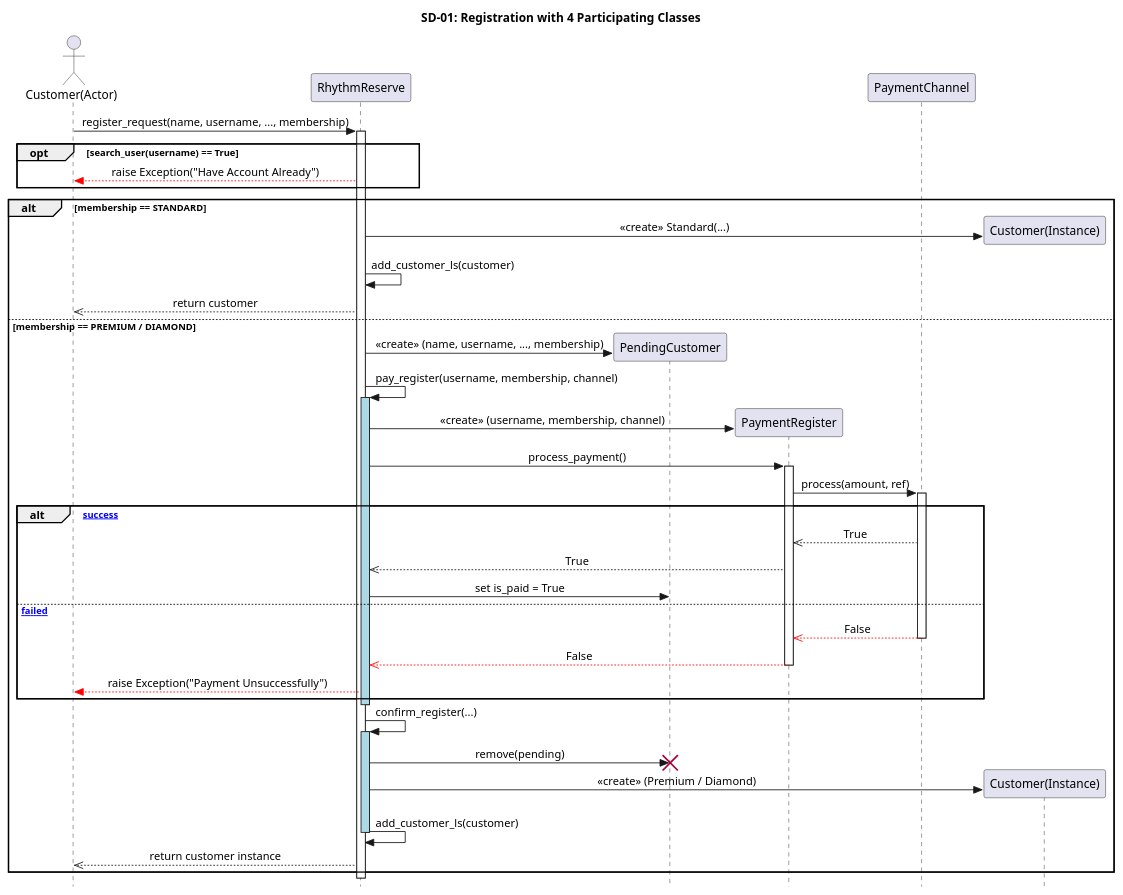
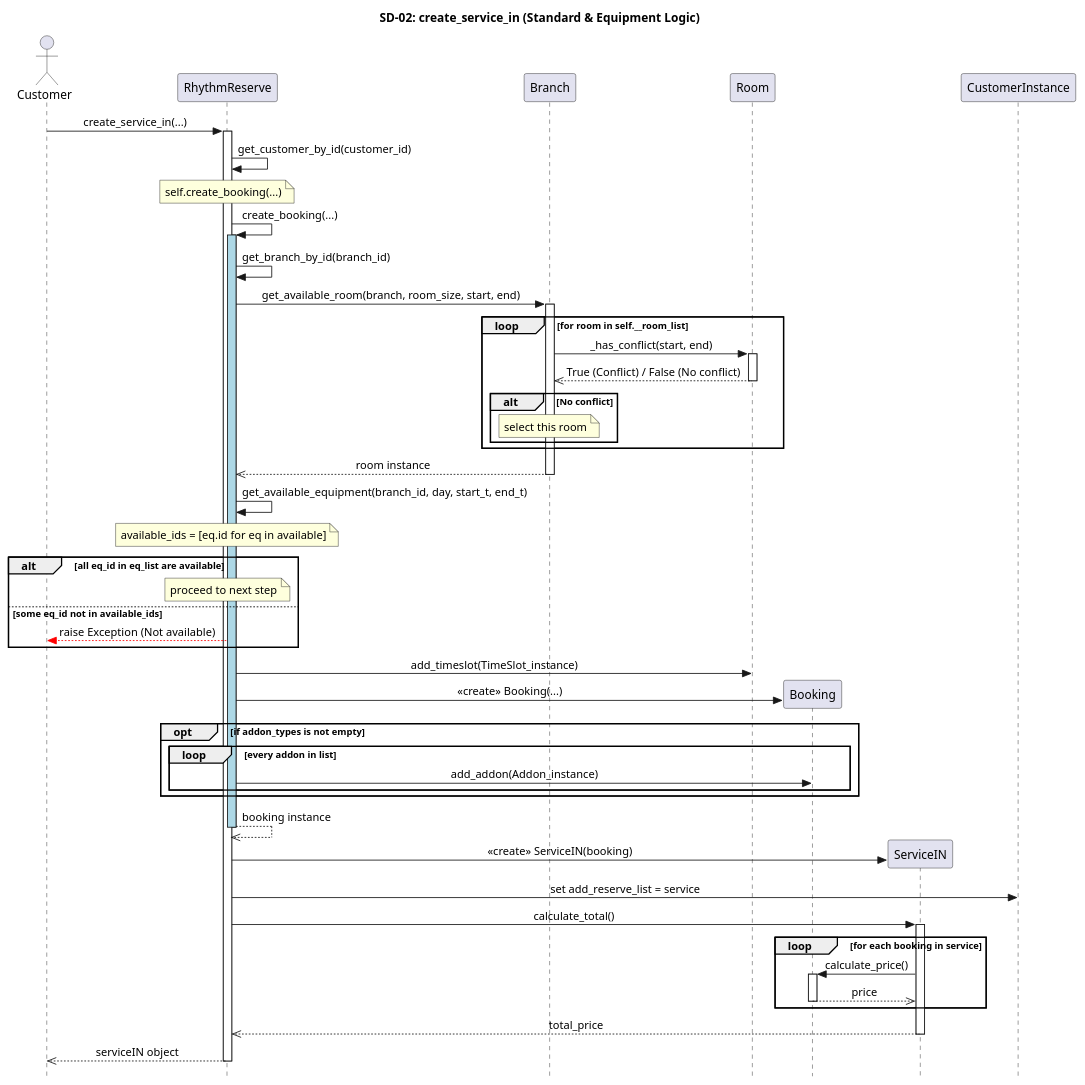
Before and after one commit to pjngth998/RhythmReserve: the diagram in diagram/sequence_diagram/9final_sequence/sss1.puml, drawn with PlantUML. The commit also changed 1 other file, not shown here.

```diff
--- a/diagram/sequence_diagram/9final_sequence/sss1.puml
+++ b/diagram/sequence_diagram/9final_sequence/sss1.puml
@@ -1,73 +1,92 @@
 @startuml
-title SD-01: Registration with 4 Participating Classes
+title SD-02: create_service_in (Standard & Equipment Logic)
 
 skinparam Style strictuml
 skinparam sequence {
     MessageAlignment center
+    ActivationBackgroundColor #F1F8E9
 }
 
-actor "Customer(Actor)" as C
+actor Customer as C
 participant "RhythmReserve" as RR
-participant "PendingCustomer" as PENDC
-participant "PaymentRegister" as PAYR
-participant "PaymentChannel" as PAYC
-participant "Customer(Instance)" as CINST
+participant "Branch" as BR
+participant "Room" as RM
+participant "Booking" as BK
+participant "ServiceIN" as SIN
+participant "CustomerInstance" as CI
 
-C -> RR : register_request(name, username, ..., membership)
+C -> RR : create_service_in(...)
 activate RR
 
-opt search_user(username) == True
-    RR --[#red]> C : raise Exception("Have Account Already")
-end
+RR -> RR : get_customer_by_id(customer_id)
 
-alt membership == STANDARD
-    create CINST
-    RR -> CINST : <<create>> Standard(...)
-    RR -> RR : add_customer_ls(customer)
-    RR -->> C : return customer
-else membership == PREMIUM / DIAMOND
-    ' --- 1. Class: PendingCustomer ---
-    create PENDC
-    RR -> PENDC : <<create>> (name, username, ..., membership)
+'--- Internal Call: create_booking ---
+Note over RR: self.create_booking(...)
+RR -> RR : create_booking(...)
+activate RR #LightBlue
+
+    RR -> RR : get_branch_by_id(branch_id)
     
-    ' --- 2. Class: PaymentRegister (Internal Call) ---
-    RR -> RR : pay_register(username, membership, channel)
-    activate RR #LightBlue
-        create PAYR
-        RR -> PAYR : <<create>> (username, membership, channel)
-        
-        RR -> PAYR : process_payment()
-        activate PAYR
-            ' --- 3. Class: PaymentChannel ---
-            PAYR -> PAYC : process(amount, ref)
-            activate PAYC
-            
-            alt [validate_card success]
-                PAYC -->> PAYR : True
-                PAYR -->> RR : True
-                RR -> PENDC : set is_paid = True
-            else [validate_card failed]
-                PAYC --[#red]>> PAYR : False
-                deactivate PAYC
-                PAYR --[#red]>> RR : False
-                deactivate PAYR
-                RR --[#red]> C : raise Exception("Payment Unsuccessfully")
-            end
-    deactivate RR
+    '--- ส่วนการหาห้องว่างตามรูปภาพที่คุณส่งมา ---
+    RR -> BR : get_available_room(branch, room_size, start, end)
+    activate BR
+         loop for room in self.__room_list
+              BR -> RM : _has_conflict(start, end)
+              activate RM
+              RM -->> BR : True (Conflict) / False (No conflict)
+              deactivate RM
+              
+              alt No conflict
+                   note over BR : select this room
+              end
+         end
+         BR -->> RR : room instance
+    deactivate BR
 
-    ' --- 4. Class: Customer Instance (Premium/Diamond) ---
-    RR -> RR : confirm_register(...)
-    activate RR #LightBlue
-        RR -> PENDC : remove(pending)
-        destroy PENDC
-        
-        create CINST
-        RR -> CINST : <<create>> (Premium / Diamond)
-        RR -> RR : add_customer_ls(customer)
-    deactivate RR
-    
-    RR -->> C : return customer instance
-end
+    RR -> RR : get_available_equipment(branch_id, day, start_t, end_t)
+    note over RR : available_ids = [eq.id for eq in available]
 
+    '--- การเช็คอุปกรณ์แบบรวบยอด (Validation) ---
+    alt all eq_id in eq_list are available
+        note over RR : proceed to next step
+    else some eq_id not in available_ids
+        RR --[#red]> C : raise Exception (Not available)
+    end
+
+    ' สร้าง TimeSlot และเพิ่มลงใน Room
+    RR -> RM : add_timeslot(TimeSlot_instance)
+
+    '--- สร้าง Booking Object ---
+    create BK
+    RR -> BK : <<create>> Booking(...)
+
+    opt if addon_types is not empty
+         loop every addon in list
+              RR -> BK : add_addon(Addon_instance)
+         end
+    end
+
+    RR -->> RR : booking instance
 deactivate RR
+'--- จบช่วง create_booking กลับมาที่ main logic ---
+
+create SIN
+RR -> SIN : <<create>> ServiceIN(booking)
+
+RR -> CI : set add_reserve_list = service
+
+RR -> SIN : calculate_total()
+activate SIN
+    loop for each booking in service
+        SIN -> BK : calculate_price()
+        activate BK
+        BK -->> SIN : price
+        deactivate BK
+    end
+    SIN -->> RR : total_price
+deactivate SIN
+
+RR -->> C : serviceIN object
+deactivate RR
+
 @enduml
```
